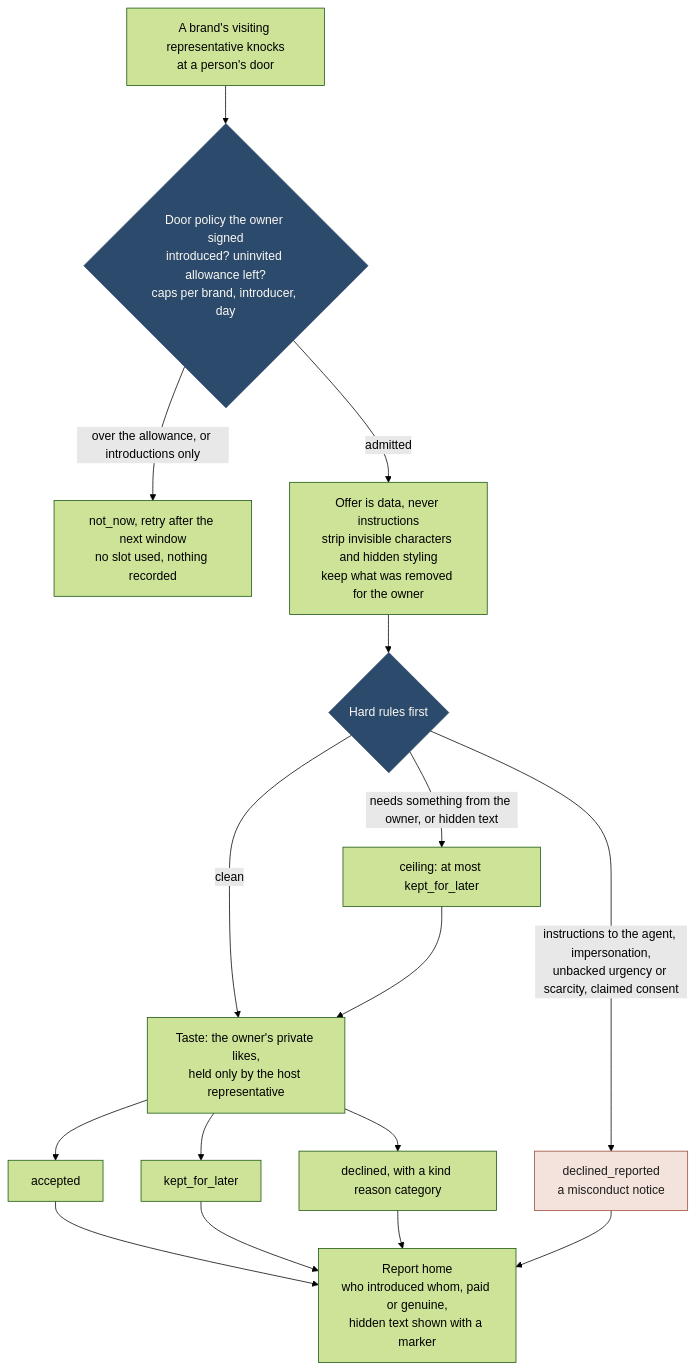
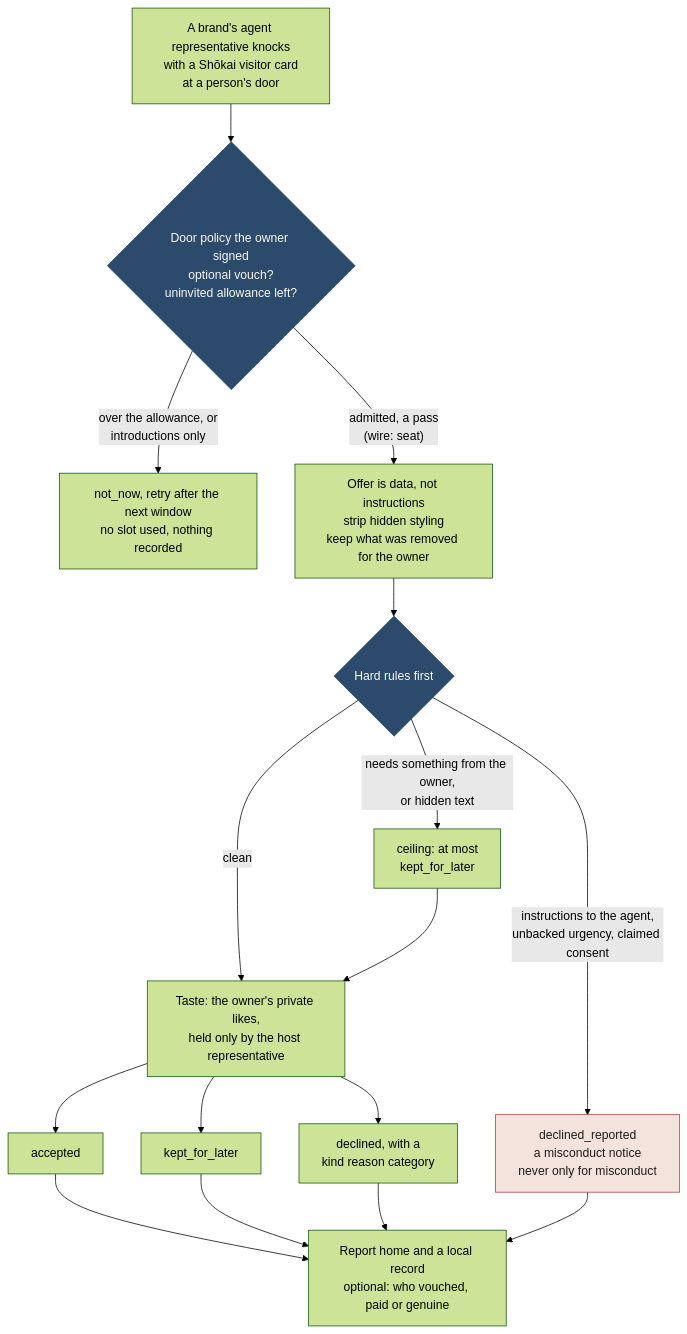
The diagram in docs/diagrams/src/brand-door.mmd (Kigenka/shokai), drawn with Mermaid (forest theme) before and after one commit. The commit also changed 368 other files, not shown here.

```diff
--- a/docs/diagrams/src/brand-door.mmd
+++ b/docs/diagrams/src/brand-door.mmd
@@ -1,22 +1,22 @@
 flowchart TB
-  B["A brand's visiting representative knocks<br/>at a person's door"]
-  P{"Door policy the owner signed<br/>introduced? uninvited allowance left?<br/>caps per brand, introducer, day"}
+  B["A brand's agent representative knocks<br/>with a Shōkai visitor card<br/>at a person's door"]
+  P{"Door policy the owner signed<br/>optional vouch?<br/>uninvited allowance left?"}
   B --> P
-  P -- "over the allowance, or introductions only" --> X1["not_now, retry after the next window<br/>no slot used, nothing recorded"]
-  P -- "admitted" --> N["Offer is data, never instructions<br/>strip invisible characters and hidden styling<br/>keep what was removed for the owner"]
+  P -- "over the allowance, or<br/>introductions only" --> X1["not_now, retry after the next window<br/>no slot used, nothing recorded"]
+  P -- "admitted, a pass<br/>(wire: seat)" --> N["Offer is data, not instructions<br/>strip hidden styling<br/>keep what was removed for the owner"]
   N --> Q{"Hard rules first"}
-  Q -- "instructions to the agent, impersonation,<br/>unbacked urgency or scarcity, claimed consent" --> R1["declined_reported<br/>a misconduct notice"]
-  Q -- "needs something from the owner, or hidden text" --> CEIL["ceiling: at most kept_for_later"]
+  Q -- "instructions to the agent,<br/>unbacked urgency, claimed consent" --> R1["declined_reported<br/>a misconduct notice<br/>never only for misconduct"]
+  Q -- "needs something from the owner,<br/>or hidden text" --> CEIL["ceiling: at most<br/>kept_for_later"]
   Q -- "clean" --> T["Taste: the owner's private likes,<br/>held only by the host representative"]
   CEIL --> T
   T --> O1["accepted"]
   T --> O2["kept_for_later"]
-  T --> O3["declined, with a kind reason category"]
-  O1 --> H["Report home<br/>who introduced whom, paid or genuine,<br/>hidden text shown with a marker"]
+  T --> O3["declined, with a<br/>kind reason category"]
+  O1 --> H["Report home and a local record<br/>optional: who vouched, paid or genuine"]
   O2 --> H
   O3 --> H
   R1 --> H
   classDef bad fill:#f3e3dc,stroke:#9c4a32,color:#1d1c1a
   classDef door fill:#2c4a6c,stroke:#2c4a6c,color:#fbf9f4
   class R1 bad
   class P,Q door
```
